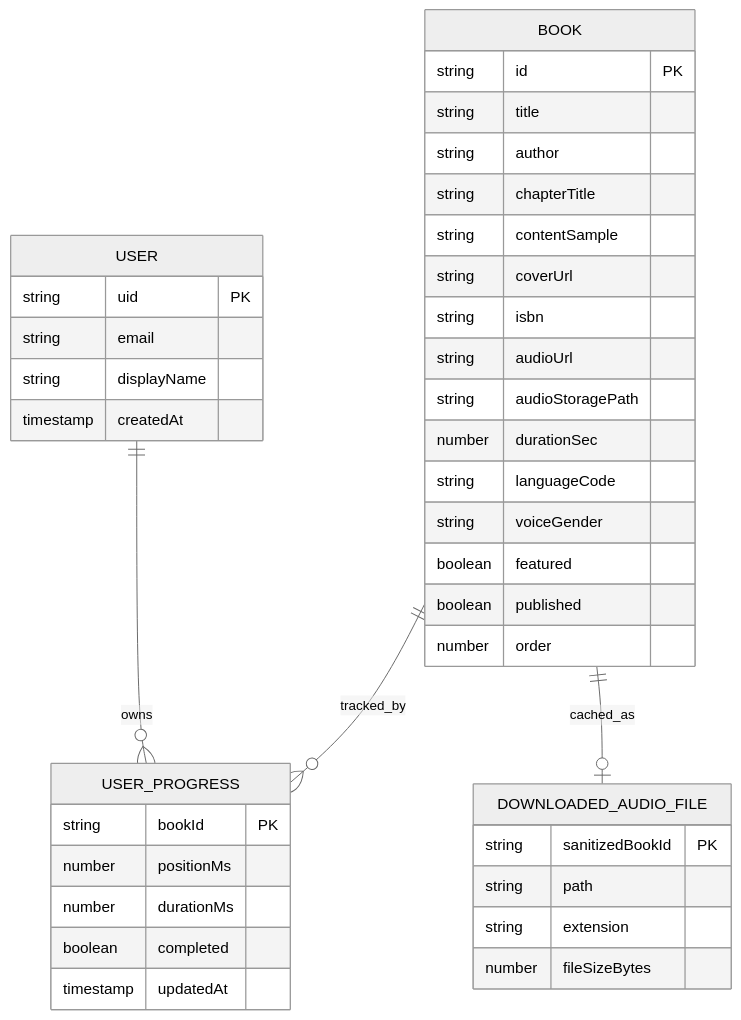
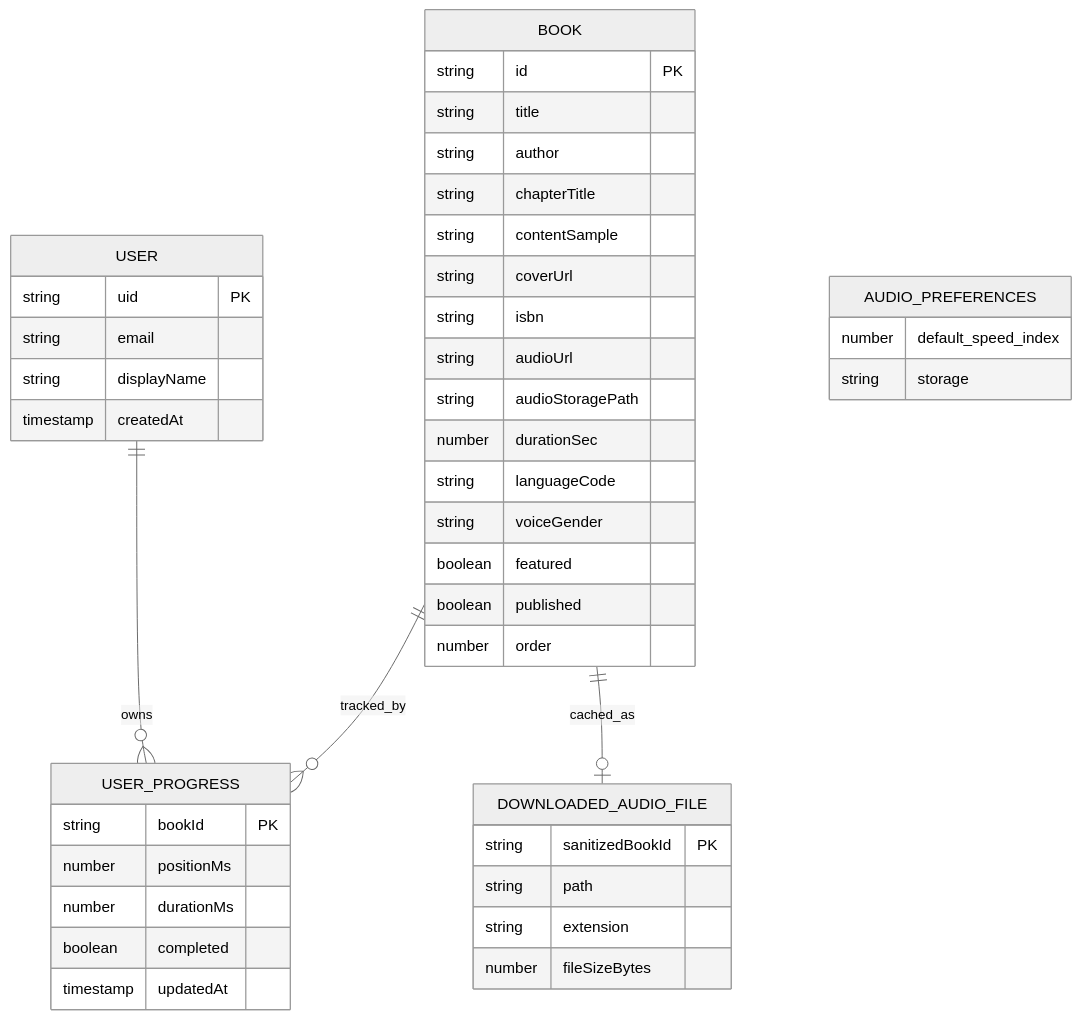
One commit to LeeVuKhang/Fonos_Group13 changed the eighth of 9 diagrams in README.md. Above: the diagram before and after it, drawn with Mermaid (neutral theme). The commit also changed other lines of this file, not shown here.

Commit message:
docs(readme): update audio preferences documentation

````diff
--- a/README.md
+++ b/README.md
@@ -758,46 +872,51 @@
 ```mermaid
 erDiagram
     USER ||--o{ USER_PROGRESS : owns
     BOOK ||--o{ USER_PROGRESS : tracked_by
     BOOK ||--o| DOWNLOADED_AUDIO_FILE : cached_as
 
     USER {
         string uid PK
         string email
         string displayName
         timestamp createdAt
     }
 
     BOOK {
         string id PK
         string title
         string author
         string chapterTitle
         string contentSample
         string coverUrl
         string isbn
         string audioUrl
         string audioStoragePath
         number durationSec
         string languageCode
         string voiceGender
         boolean featured
         boolean published
         number order
     }
 
     USER_PROGRESS {
         string bookId PK
         number positionMs
         number durationMs
         boolean completed
         timestamp updatedAt
     }
 
+    AUDIO_PREFERENCES {
+        number default_speed_index
+        string storage
+    }
+
     DOWNLOADED_AUDIO_FILE {
         string sanitizedBookId PK
         string path
         string extension
         number fileSizeBytes
     }
 ```
````
